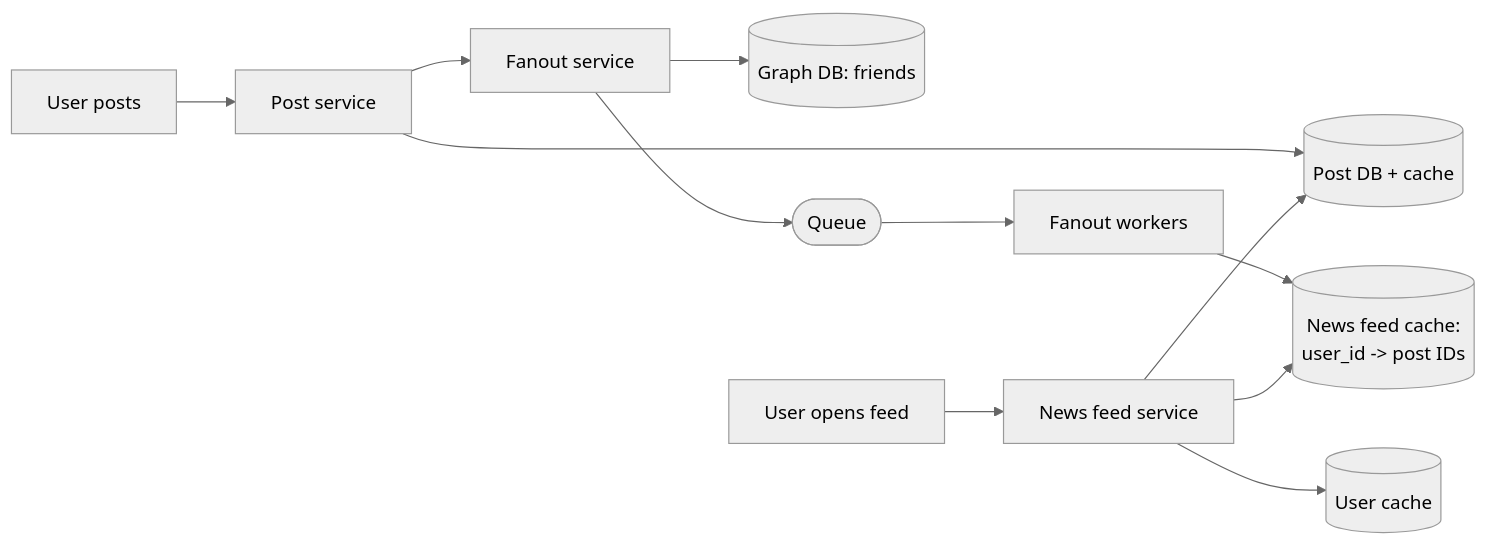
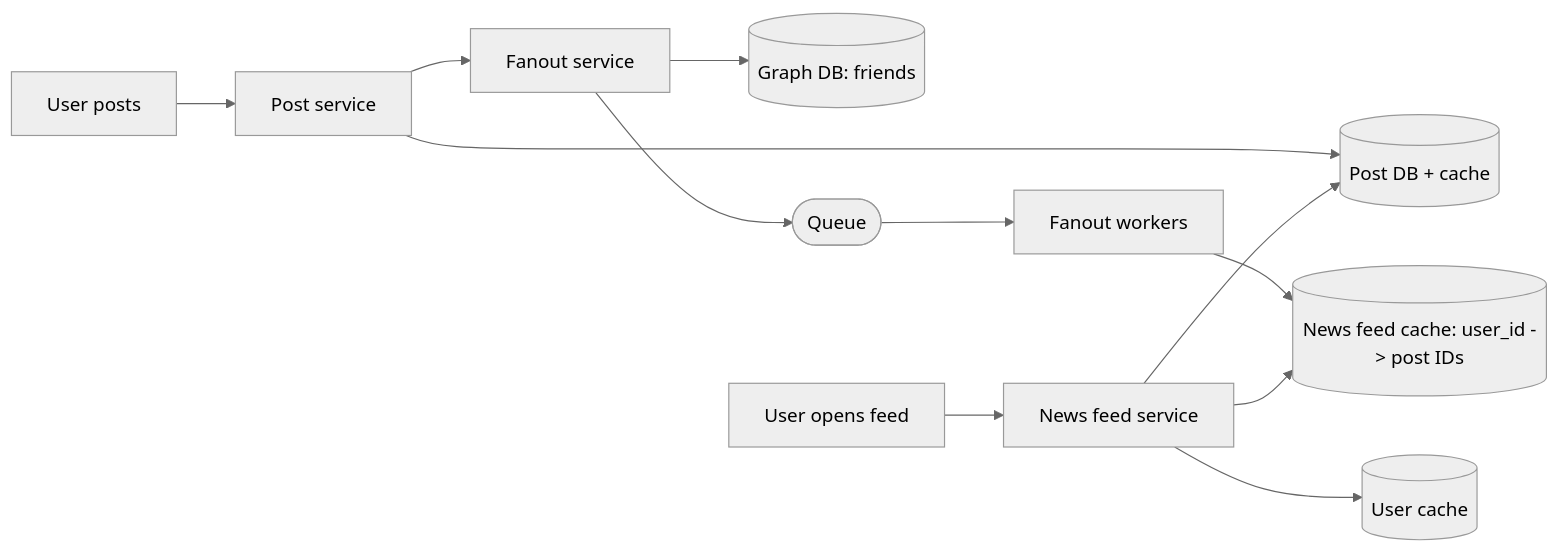
One commit to sharifndlovu123/knowledge_base_map changed the fourth of 9 diagrams in Collection/03. Programming/14. System Design/5. Worked Designs.md. Above: the diagram before and after it, drawn with Mermaid (neutral theme). The commit also changed other lines of this file and 9 other files, not shown here.

First line of the commit message:
Add diagram viewer; fix line breaks in new diagrams

````diff
--- a/Collection/03. Programming/14. System Design/5. Worked Designs.md
+++ b/Collection/03. Programming/14. System Design/5. Worked Designs.md
@@ -138,10 +138,10 @@
 ```mermaid
 flowchart LR
     U[User posts] --> P[Post service] --> PDB[(Post DB + cache)]
     P --> F[Fanout service]
     F --> G[(Graph DB: friends)]
-    F --> MQ(["Queue"]) --> W[Fanout workers] --> NC[(News feed cache:<br/>user_id -> post IDs)]
+    F --> MQ(["Queue"]) --> W[Fanout workers] --> NC[(News feed cache: user_id -> post IDs)]
     R[User opens feed] --> NS[News feed service] --> NC
     NS --> PDB
     NS --> UC[(User cache)]
 ```
````
